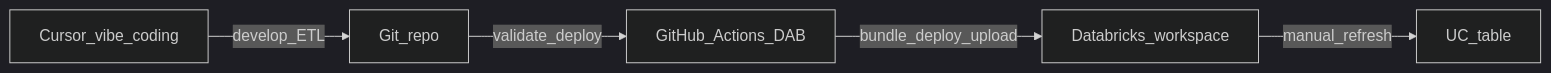
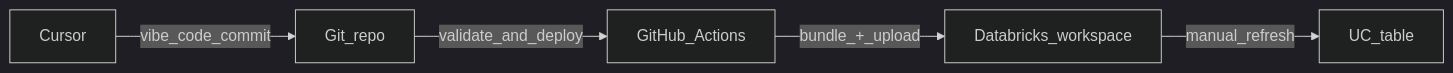
The diagram in docs/demo-session.md (krishanubera/databricks_cicd_with_vibe), drawn with Mermaid (dark theme) before and after one commit. The commit also changed other lines of this file, not shown here.

First line of the commit message:
docs: smooth demo-session flow and consolidate narrative

````diff
--- a/docs/demo-session.md
+++ b/docs/demo-session.md
@@ -52,11 +40,11 @@
 ```mermaid
 flowchart LR
-  Cursor[Cursor_vibe_coding]
+  Cursor[Cursor]
   Repo[Git_repo]
-  GHA[GitHub_Actions_DAB]
+  GHA[GitHub_Actions]
   WS[Databricks_workspace]
-  Cursor -->|develop_ETL| Repo
-  Repo -->|validate_deploy| GHA
-  GHA -->|bundle_deploy_upload| WS
-  WS -->|manual_refresh| Table[UC_table]
+  Cursor -->|vibe_code_commit| Repo
+  Repo -->|validate_and_deploy| GHA
+  GHA -->|bundle_+_upload| WS
+  WS -->|manual_refresh| UC[UC_table]
 ```
````
